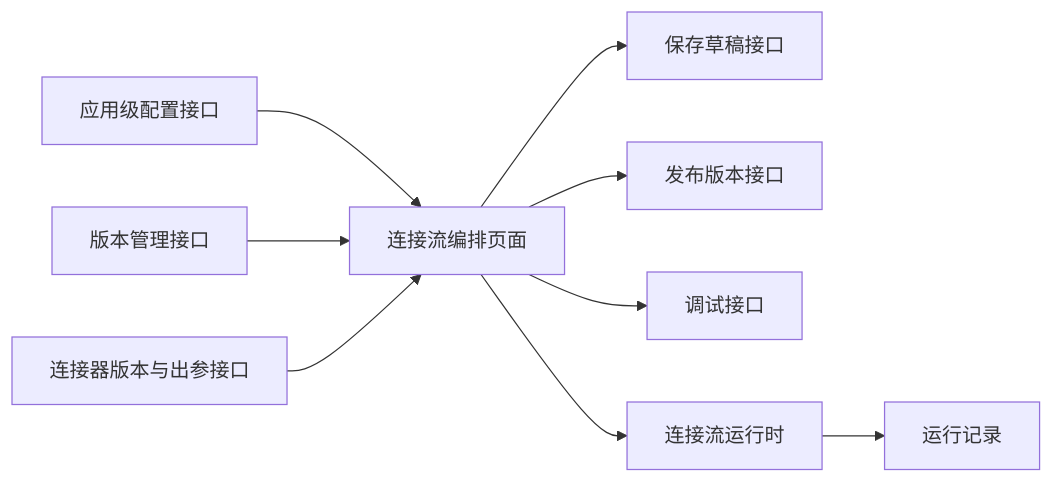
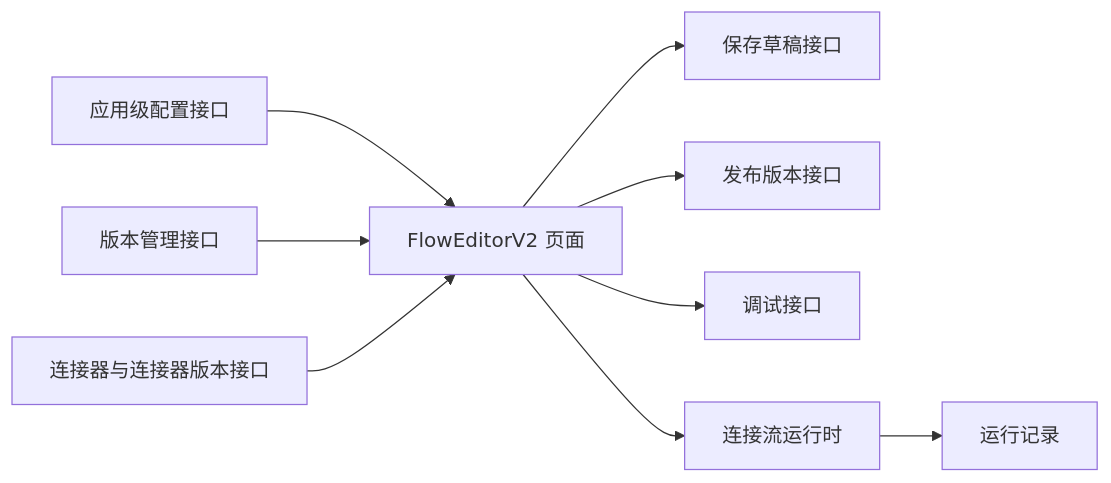
The first of 11 diagrams in front/doc/2026年6月文档/连接流配置需求设计说明书.md (THZSummer/open-app), drawn with Mermaid before and after one commit. The commit also changed other lines of this file, not shown here.

````diff
--- a/front/doc/2026年6月文档/连接流配置需求设计说明书.md
+++ b/front/doc/2026年6月文档/连接流配置需求设计说明书.md
@@ -88,11 +91,11 @@
 ```mermaid
 flowchart LR
-  AppConfig[应用级配置接口] --> FlowEditor[连接流编排页面]
+  AppConfig[应用级配置接口] --> FlowEditor[FlowEditorV2 页面]
   VersionApi[版本管理接口] --> FlowEditor
-  ConnectorApi[连接器版本与出参接口] --> FlowEditor
+  ConnectorApi[连接器与连接器版本接口] --> FlowEditor
   FlowEditor --> SaveApi[保存草稿接口]
   FlowEditor --> PublishApi[发布版本接口]
   FlowEditor --> DebugApi[调试接口]
   FlowEditor --> Runtime[连接流运行时]
   Runtime --> RunRecord[运行记录]
 ```
````
